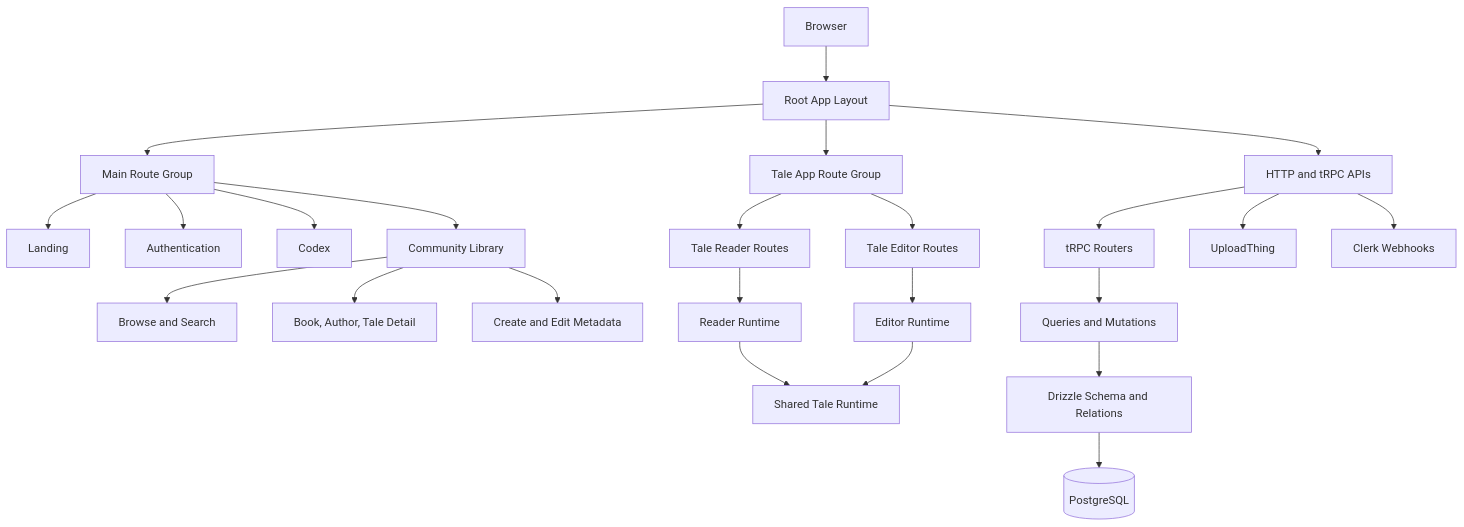
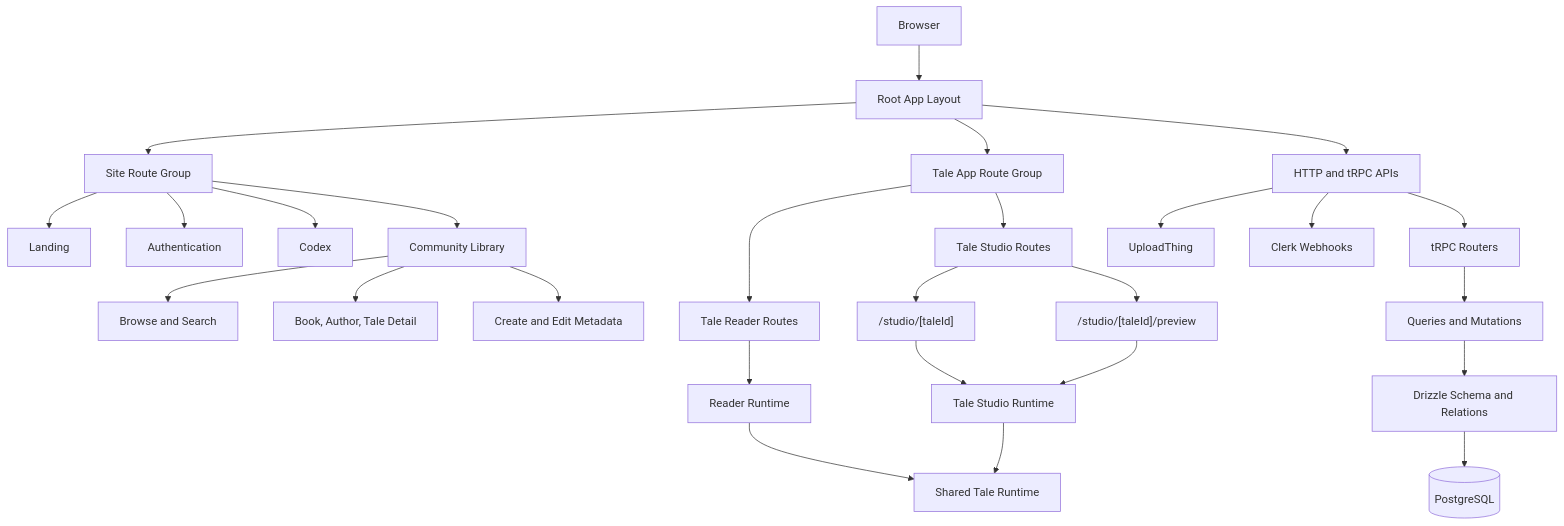
The first of 6 diagrams in docs/application-architecture.md (hexvictor/talescape), drawn with Mermaid before and after one commit. The commit also changed other lines of this file and 533 other files, not shown here.

````diff
--- a/docs/application-architecture.md
+++ b/docs/application-architecture.md
@@ -8,30 +8,33 @@
 ```mermaid
 flowchart TD
     Browser[Browser] --> Root[Root App Layout]
-    Root --> Main[Main Route Group]
+    Root --> Site[Site Route Group]
     Root --> TaleApp[Tale App Route Group]
     Root --> APIs[HTTP and tRPC APIs]
 
-    Main --> Landing[Landing]
-    Main --> Auth[Authentication]
-    Main --> Codex[Codex]
-    Main --> Library[Community Library]
+    Site --> Landing[Landing]
+    Site --> Auth[Authentication]
+    Site --> Codex[Codex]
+    Site --> Library[Community Library]
 
     Library --> Browse[Browse and Search]
     Library --> Detail[Book, Author, Tale Detail]
     Library --> Manage[Create and Edit Metadata]
 
     TaleApp --> ReaderRoutes[Tale Reader Routes]
-    TaleApp --> EditorRoutes[Tale Editor Routes]
+    TaleApp --> StudioRoutes[Tale Studio Routes]
     ReaderRoutes --> ReaderRuntime[Reader Runtime]
-    EditorRoutes --> EditorRuntime[Editor Runtime]
+    StudioRoutes --> EditorRoute["/studio/[taleId]"]
+    StudioRoutes --> PreviewRoute["/studio/[taleId]/preview"]
+    EditorRoute --> StudioRuntime[Tale Studio Runtime]
+    PreviewRoute --> StudioRuntime
     ReaderRuntime --> SharedRuntime[Shared Tale Runtime]
-    EditorRuntime --> SharedRuntime
+    StudioRuntime --> SharedRuntime
 
     APIs --> TRPC[tRPC Routers]
     APIs --> Uploads[UploadThing]
     APIs --> Webhooks[Clerk Webhooks]
     TRPC --> DataLayer[Queries and Mutations]
     DataLayer --> Drizzle[Drizzle Schema and Relations]
     Drizzle --> Database[(PostgreSQL)]
 ```
````
